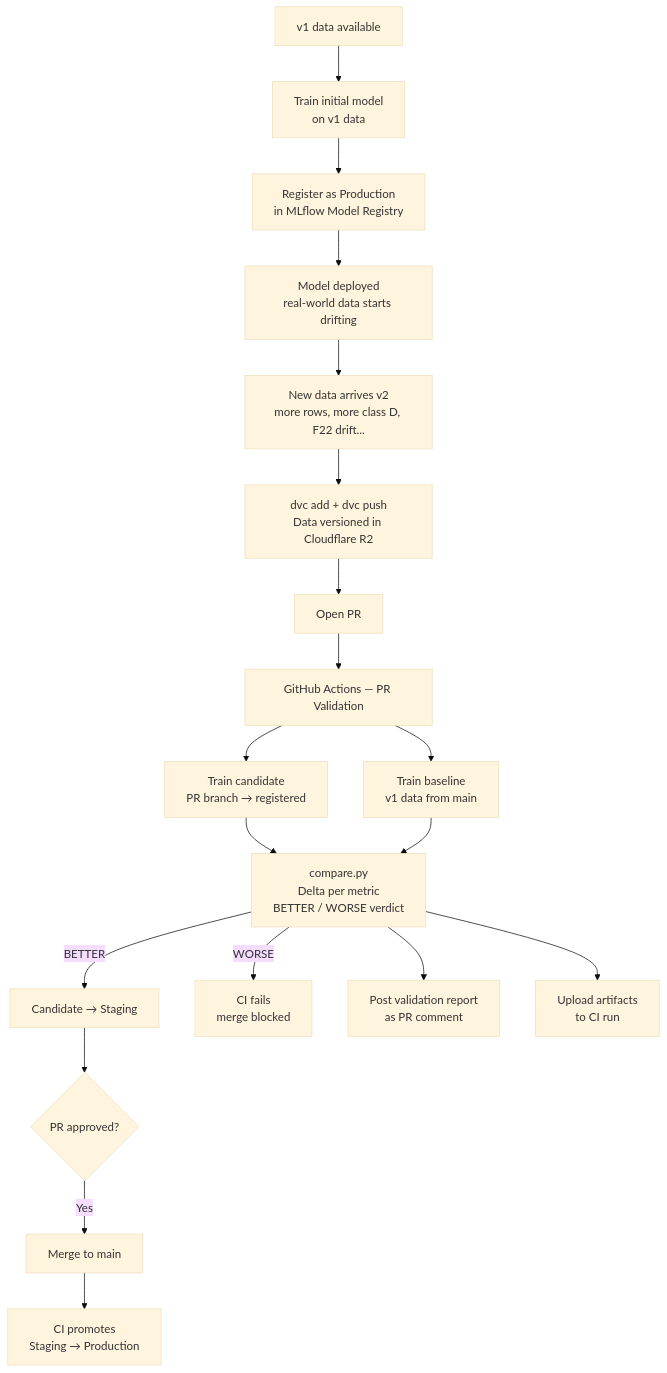
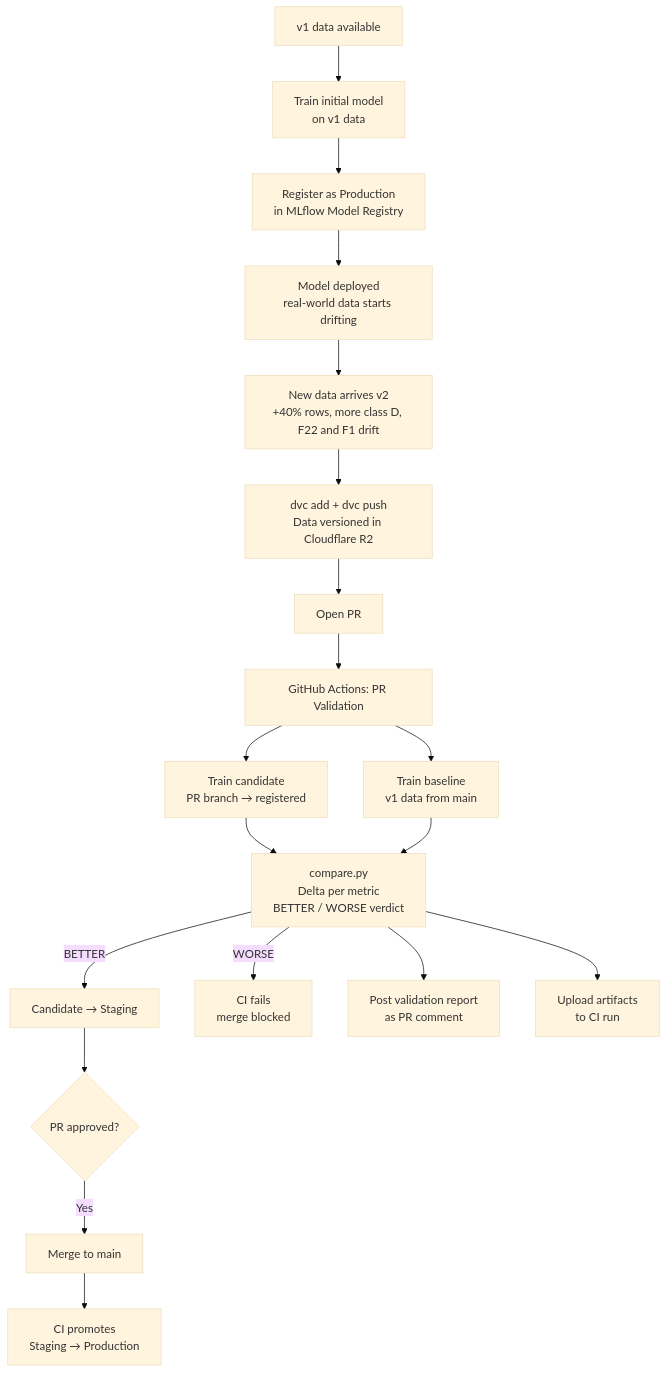
Before and after one commit to ANadalCardenas/mlops-pipeline-sdg: the diagram in README.md, drawn with Mermaid (base theme). The commit also changed other lines of this file and 10 other files, not shown here.

````diff
--- a/README.md
+++ b/README.md
@@ -15,27 +15,27 @@
 ```mermaid
 flowchart TD
     A[v1 data available] --> B[Train initial model\non v1 data]
     B --> C[Register as Production\nin MLflow Model Registry]
     C --> D[Model deployed\nreal-world data starts drifting]
 
-    D --> E[New data arrives v2\nmore rows, more class D, F22 drift...]
+    D --> E[New data arrives v2\n+40% rows, more class D, F22 and F1 drift]
     E --> F[dvc add + dvc push\nData versioned in Cloudflare R2]
     F --> G[Open PR]
 
-    G --> H[GitHub Actions — PR Validation]
+    G --> H[GitHub Actions: PR Validation]
 
     H --> I[Train candidate\nPR branch → registered]
     H --> J[Train baseline\nv1 data from main]
 
     I --> K[compare.py\nDelta per metric\nBETTER / WORSE verdict]
     J --> K
 
-    K -- BETTER --> S[Candidate → Staging]
-    K -- WORSE --> X[CI fails\nmerge blocked]
+    K -->|BETTER| S[Candidate → Staging]
+    K -->|WORSE| X[CI fails\nmerge blocked]
     K --> L[Post validation report\nas PR comment]
     K --> N[Upload artifacts\nto CI run]
 
     S --> O{PR approved?}
-    O -- Yes --> P[Merge to main]
+    O -->|Yes| P[Merge to main]
     P --> Q[CI promotes\nStaging → Production]
 ```
````
